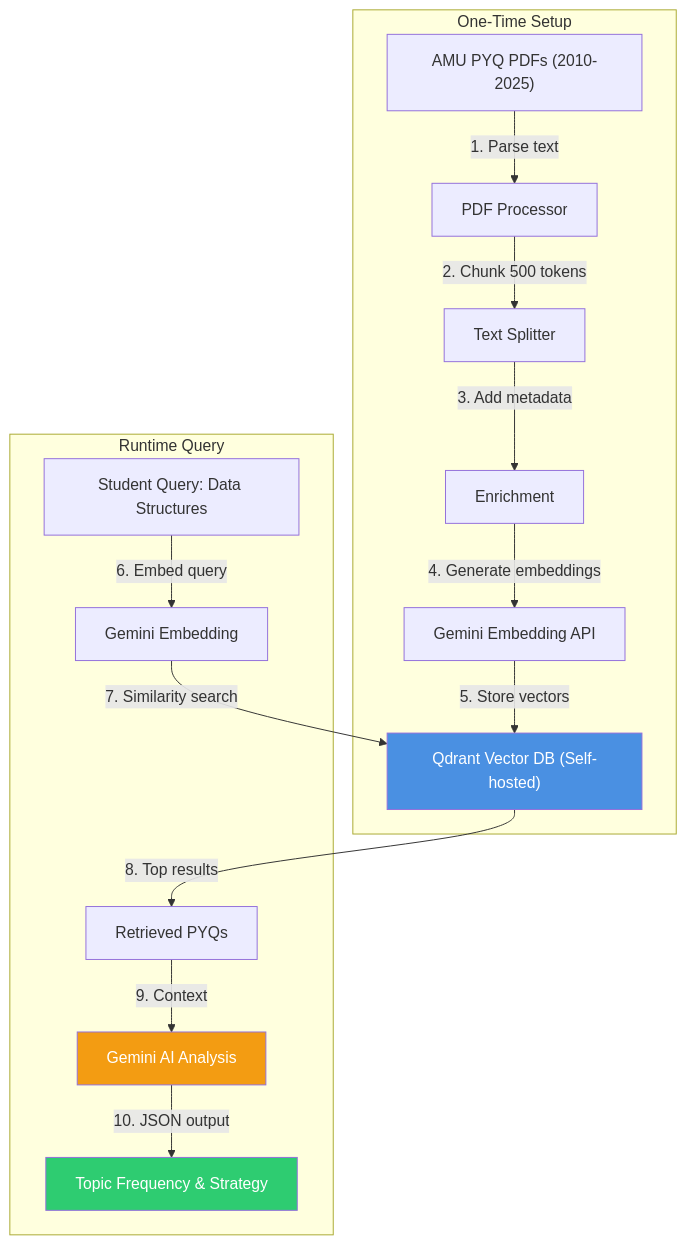
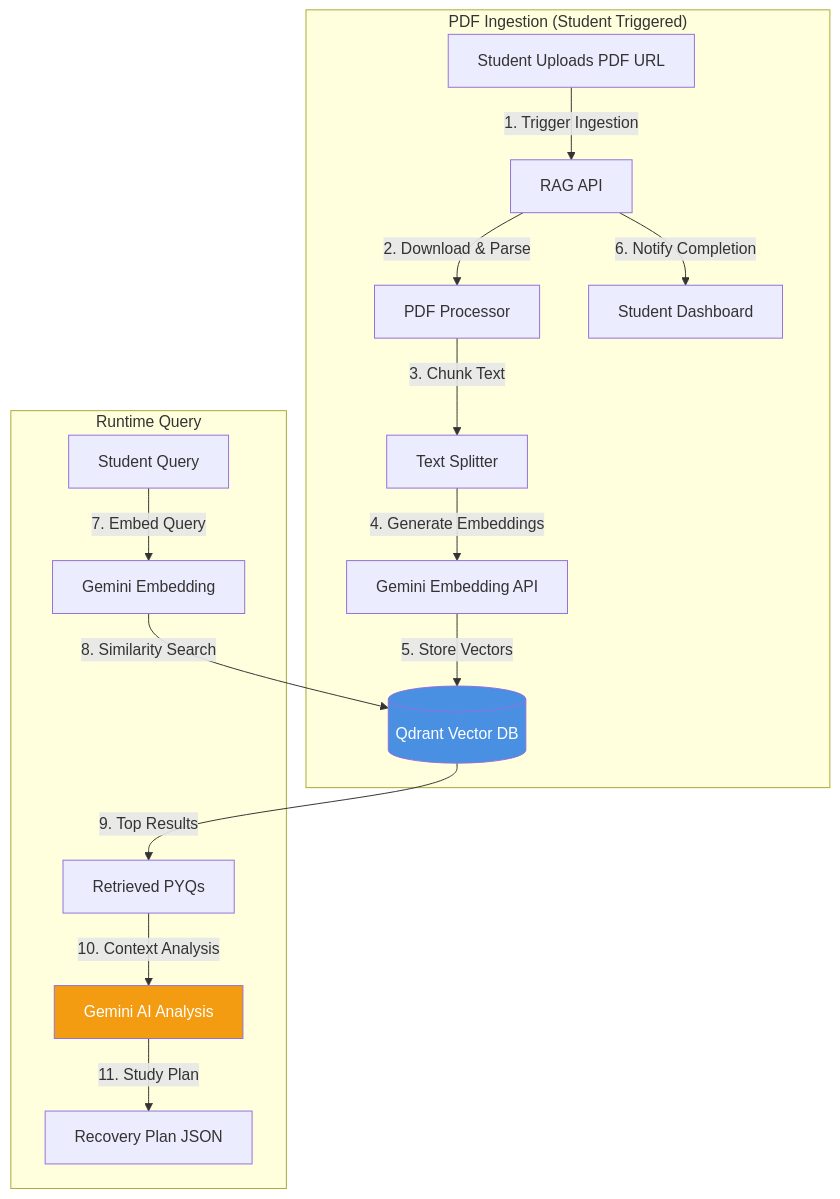
Before and after one commit to thebuildguild-dev/TheBuildGuild_AMUHACKS5.0: the third of 3 diagrams in README.md, drawn with Mermaid. The commit also changed other lines of this file, not shown here.

````diff
--- a/README.md
+++ b/README.md
@@ -200,22 +204,22 @@
 ```mermaid
 graph TD
-    subgraph "One-Time Setup"
-        A["AMU PYQ PDFs (2010-2025)"] -->|1. Parse text| B[PDF Processor]
-        B -->|2. Chunk 500 tokens| C[Text Splitter]
-        C -->|3. Add metadata| D[Enrichment]
-        D -->|4. Generate embeddings| E[Gemini Embedding API]
-        E -->|5. Store vectors| F["Qdrant Vector DB (Self-hosted)"]
+    subgraph "PDF Ingestion (Student Triggered)"
+        A[Student Uploads PDF URL] -->|1. Trigger Ingestion| B[RAG API]
+        B -->|2. Download & Parse| C[PDF Processor]
+        C -->|3. Chunk Text| D[Text Splitter]
+        D -->|4. Generate Embeddings| E[Gemini Embedding API]
+        E -->|5. Store Vectors| F[(Qdrant Vector DB)]
+        B -->|6. Notify Completion| G[Student Dashboard]
     end
     
     subgraph "Runtime Query"
-        G["Student Query: Data Structures"] -->|6. Embed query| H[Gemini Embedding]
-        H -->|7. Similarity search| F
-        F -->|8. Top results| I[Retrieved PYQs]
-        I -->|9. Context| J[Gemini AI Analysis]
-        J -->|10. JSON output| K[Topic Frequency & Strategy]
+        H[Student Query] -->|7. Embed Query| I[Gemini Embedding]
+        I -->|8. Similarity Search| F
+        F -->|9. Top Results| J[Retrieved PYQs]
+        J -->|10. Context Analysis| K[Gemini AI Analysis]
+        K -->|11. Study Plan| L[Recovery Plan JSON]
     end
     
     style F fill:#4a90e2,color:#fff
-    style J fill:#f39c12,color:#fff
-    style K fill:#2ecc71,color:#fff
+    style K fill:#f39c12,color:#fff
 ```
````
